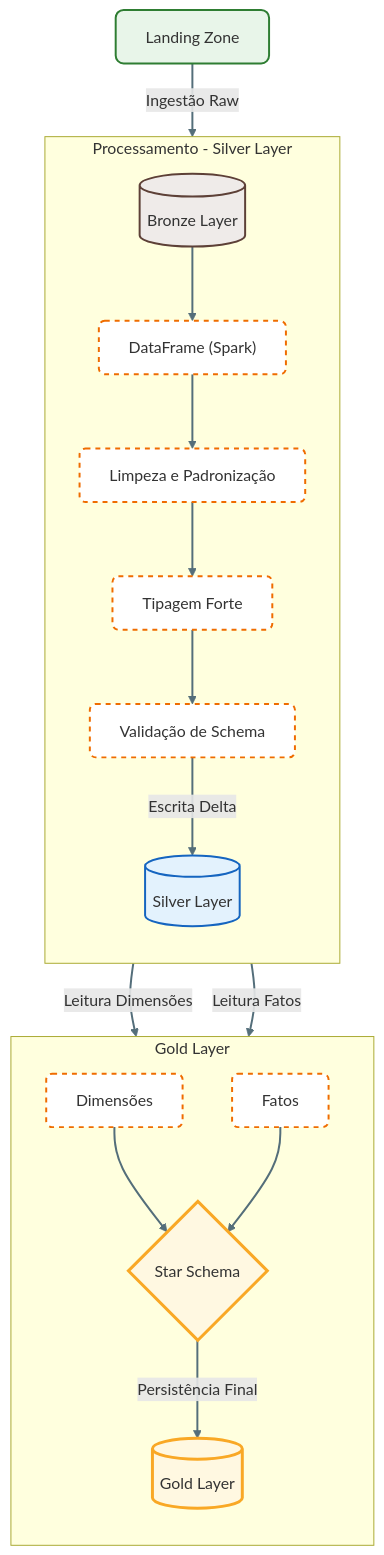
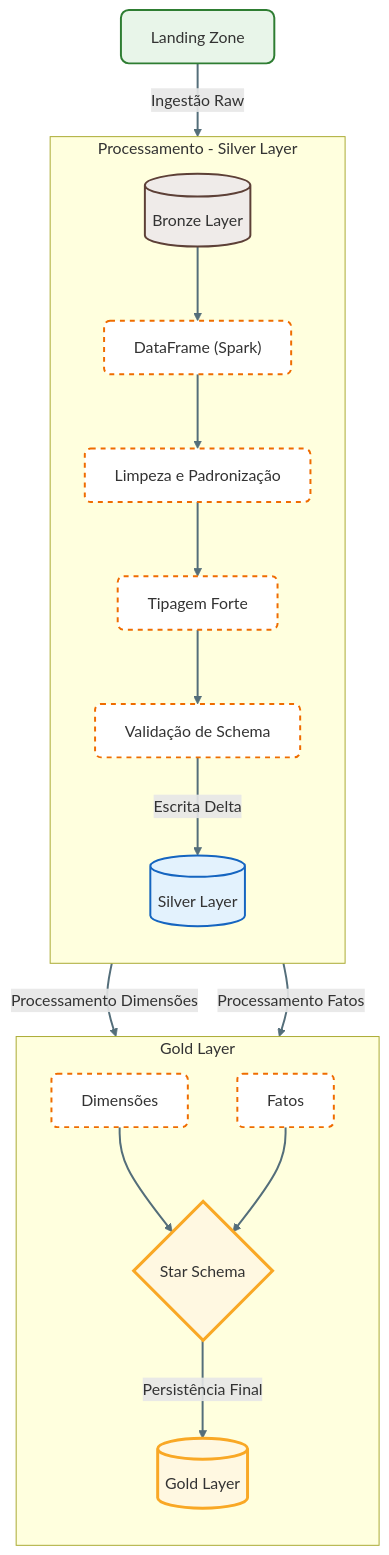
Before and after one commit to devdiasbr/databricks-challenge: the second of 2 diagrams in docs/manual/04_arquitetura_detalhada.md, drawn with Mermaid.

Commit message:
docs: refinamento visual diagrama arquitetura

````diff
--- a/docs/manual/04_arquitetura_detalhada.md
+++ b/docs/manual/04_arquitetura_detalhada.md
@@ -116,47 +116,47 @@
 ```mermaid
 flowchart TD
     %% =========================
     %% DEFINIÇÃO DE ESTILOS
     %% =========================
     classDef landing fill:#e8f5e9,stroke:#2e7d32,stroke-width:2px,rx:8,ry:8;
     classDef bronze fill:#efebe9,stroke:#5d4037,stroke-width:2px,rx:6,ry:6;
     classDef silver fill:#e3f2fd,stroke:#1565c0,stroke-width:2px,rx:6,ry:6;
     classDef gold fill:#fff8e1,stroke:#f9a825,stroke-width:3px,rx:10,ry:10;
     classDef process fill:#ffffff,stroke:#ef6c00,stroke-width:2px,stroke-dasharray: 5 5,rx:6,ry:6;
 
     %% =========================
     %% LANDING / BRONZE
     %% =========================
     LZ[Landing Zone]:::landing -->|Ingestão Raw| BR[(Bronze Layer)]:::bronze
 
     %% =========================
     %% SILVER
     %% =========================
     subgraph SILVER [Processamento - Silver Layer]
 
         direction TB
         BR --> DF["DataFrame (Spark)"]:::process
         DF --> CLEAN[Limpeza e Padronização]:::process
         CLEAN --> TYPE[Tipagem Forte]:::process
         TYPE --> VALID[Validação de Schema]:::process
         VALID -->|Escrita Delta| SL[(Silver Layer)]:::silver
     end
 
     %% =========================
     %% GOLD
     %% =========================
     subgraph GOLD [Gold Layer]
     
         direction TB
-        SL -->|Leitura Dimensões| DIMS[Dimensões]:::process
-        SL -->|Leitura Fatos| FACT[Fatos]:::process
+        SL -->|Processamento Dimensões| DIMS[Dimensões]:::process
+        SL -->|Processamento Fatos| FACT[Fatos]:::process
         DIMS --> STAR{Star Schema}:::gold
         FACT --> STAR
         STAR -->|Persistência Final| GL[(Gold Layer)]:::gold
     end
 
     %% =========================
     %% ESTILO DAS CONEXÕES
     %% =========================
     linkStyle default stroke:#546e7a,stroke-width:2px;
 ```
````
